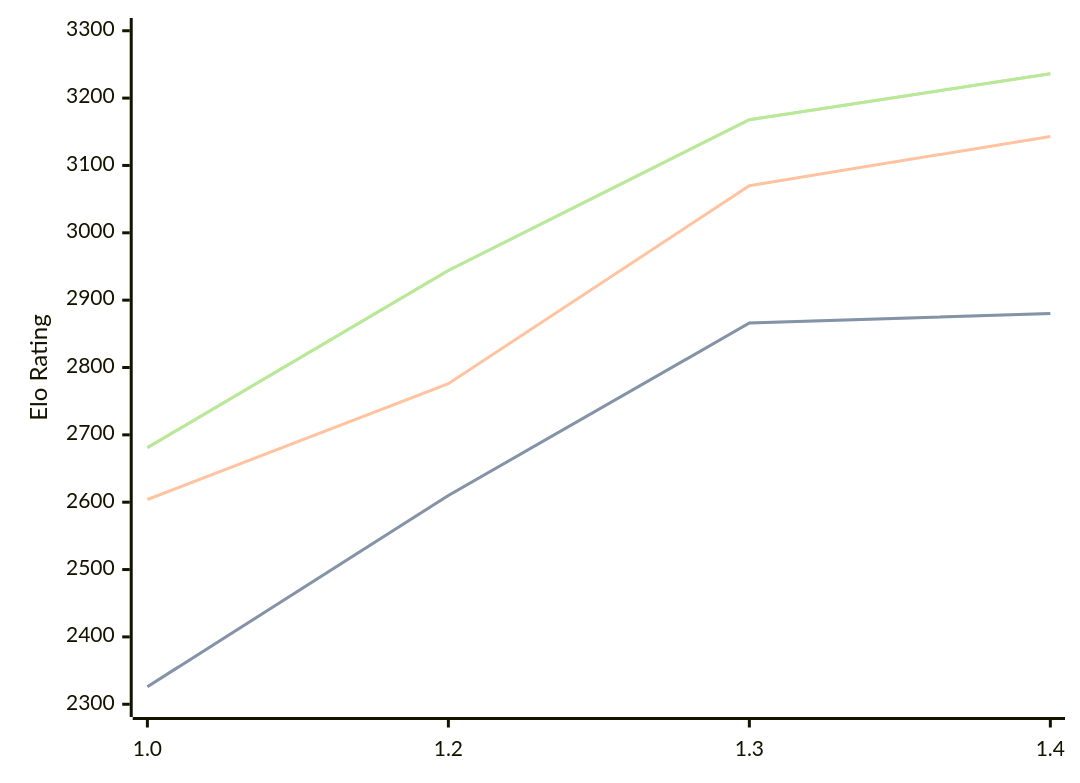
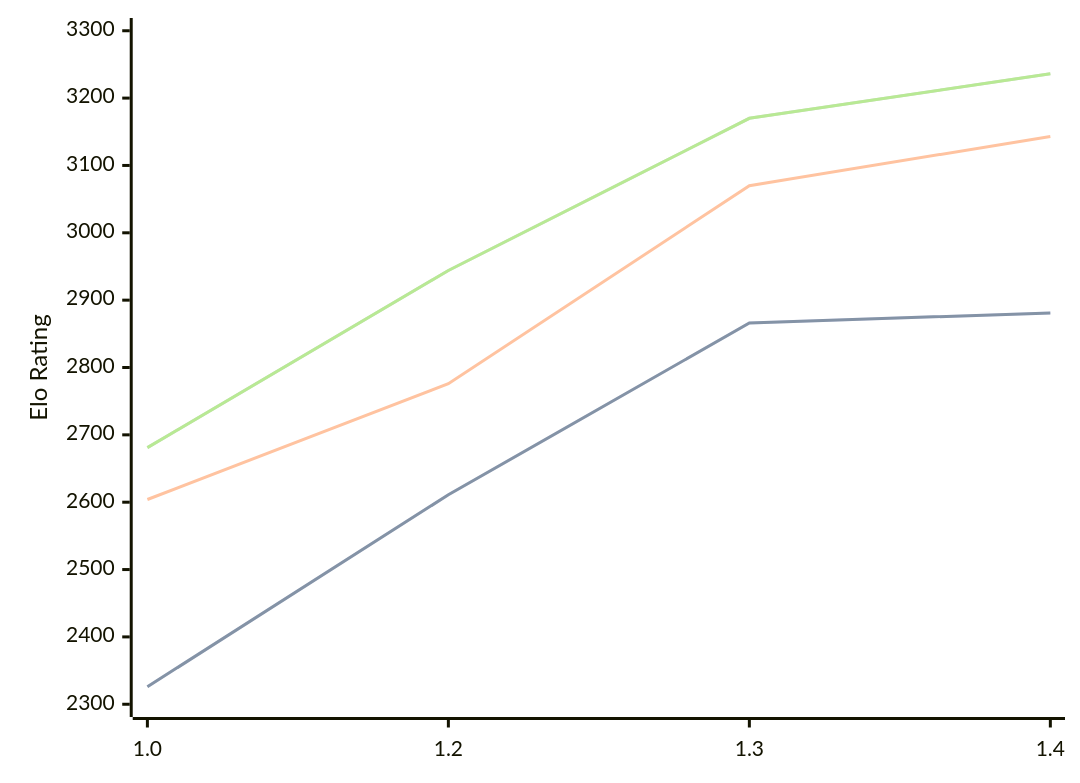
One commit to computer-chess-index/cci changed the diagram in engines/Chessnix.md. Above: the diagram before and after it, drawn with Mermaid. The commit also changed other lines of this file, not shown here.

Commit message:
Update CCI Ratings (ELO VLTC) - 2026-09-18

````diff
--- a/engines/Chessnix.md
+++ b/engines/Chessnix.md
@@ -34,11 +34,11 @@
 ```mermaid
 %%{init: {"theme":"base","themeVariables":{"seriesColors:['#a3a3a3','#222221','#faa371']}}}%%
 xychart-beta
   x-axis ["1.0", "1.2", "1.3", "1.4"]
   y-axis "Elo Rating" 2300 --> 3300
-  line "" [2326, 2610, 2866, 2880]
-  line "STC (8.0+0.08s)" [2326, 2610, 2866, 2880]
+  line "" [2326, 2611, 2866, 2881]
+  line "STC (8.0+0.08s)" [2326, 2611, 2866, 2881]
   line "LTC (60.0+0.60s)" [2604, 2776, 3070, 3143]
-  line "" [2681, 2944, 3168, 3236]
-  line "VLTC (2m24s+1.12s)" [2681, 2944, 3168, 3236]
+  line "" [2681, 2944, 3170, 3236]
+  line "VLTC (2m24s+1.12s)" [2681, 2944, 3170, 3236]
 ```
````
